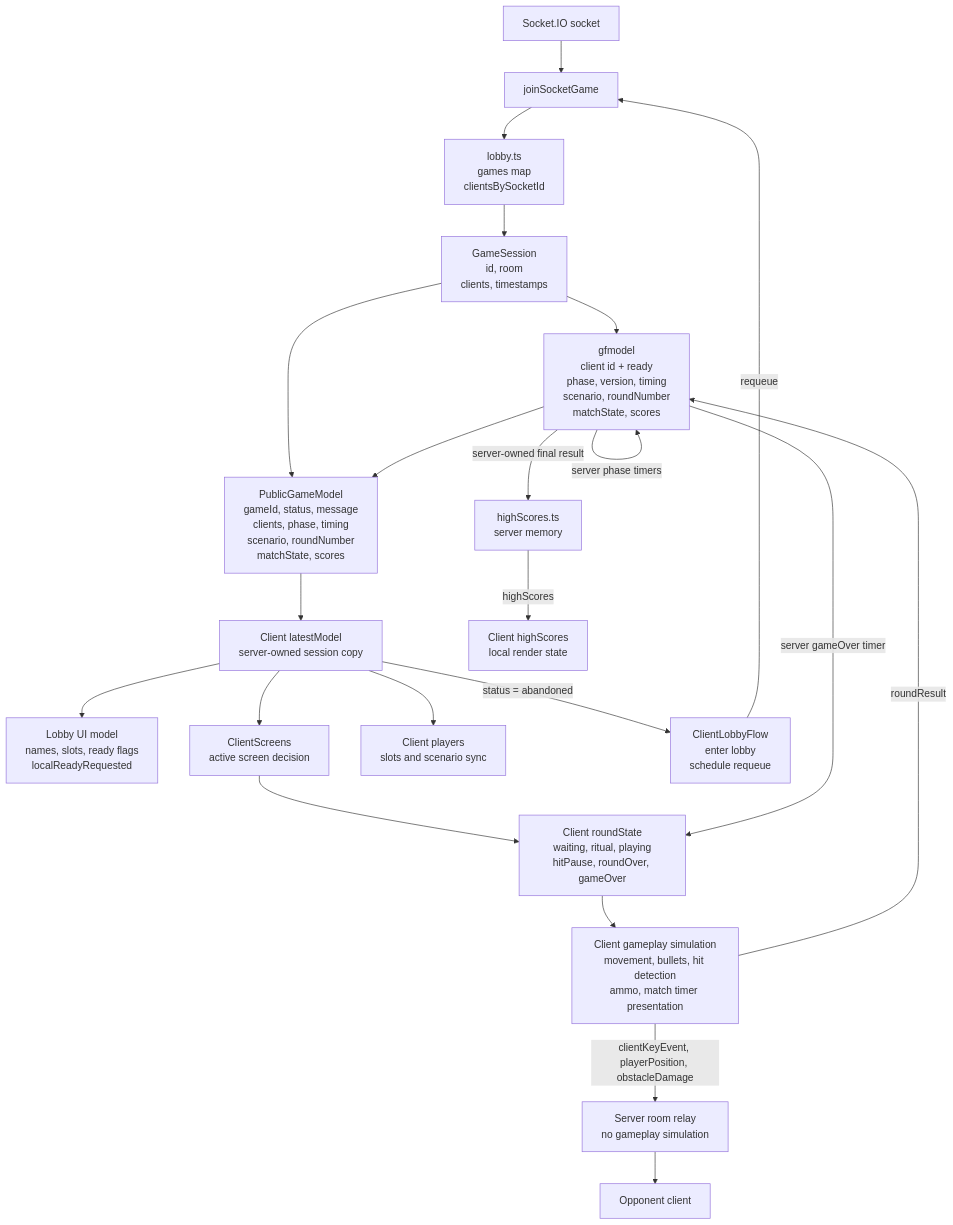
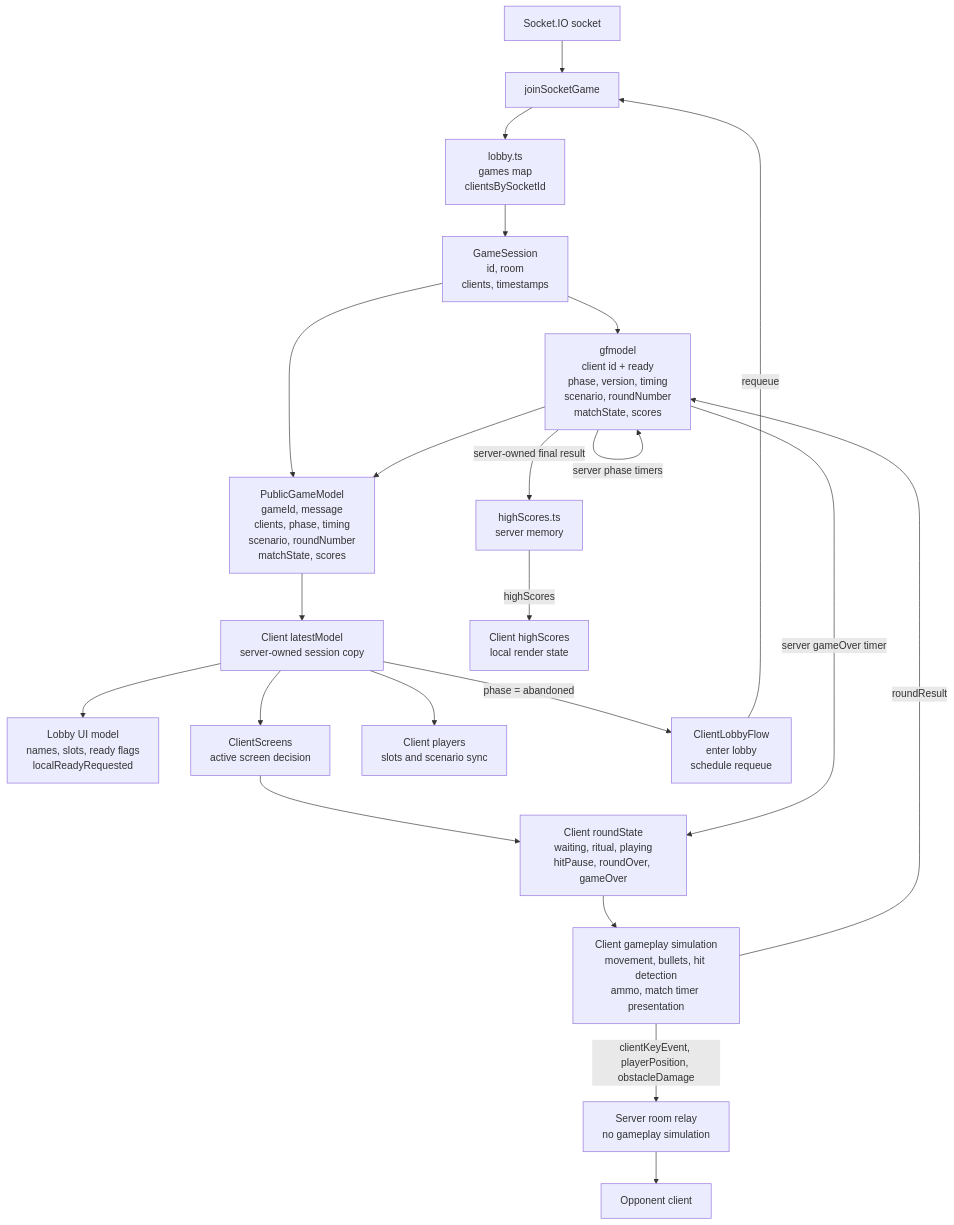
Before and after one commit to mkjems/gunfight: the first of 2 diagrams in documentation/Connection-state-model.md, drawn with Mermaid. The commit also changed other lines of this file and 17 other files, not shown here.

Commit message:
Remove public game status compatibility field

````diff
--- a/documentation/Connection-state-model.md
+++ b/documentation/Connection-state-model.md
@@ -23,30 +23,30 @@
 ```mermaid
 flowchart TD
     Socket["Socket.IO socket"] --> Join["joinSocketGame"]
     Join --> Lobby["lobby.ts<br/>games map<br/>clientsBySocketId"]
 
     Lobby --> Session["GameSession<br/>id, room<br/>clients, timestamps"]
     Session --> Gfmodel["gfmodel<br/>client id + ready<br/>phase, version, timing<br/>scenario, roundNumber<br/>matchState, scores"]
-    Session --> PublicModel["PublicGameModel<br/>gameId, status, message<br/>clients, phase, timing<br/>scenario, roundNumber<br/>matchState, scores"]
+    Session --> PublicModel["PublicGameModel<br/>gameId, message<br/>clients, phase, timing<br/>scenario, roundNumber<br/>matchState, scores"]
     Gfmodel --> PublicModel
 
     PublicModel --> LatestModel["Client latestModel<br/>server-owned session copy"]
     LatestModel --> LobbyUi["Lobby UI model<br/>names, slots, ready flags<br/>localReadyRequested"]
     LatestModel --> ClientScreens["ClientScreens<br/>active screen decision"]
     LatestModel --> ClientPlayers["Client players<br/>slots and scenario sync"]
 
     ClientScreens --> RoundState["Client roundState<br/>waiting, ritual, playing<br/>hitPause, roundOver, gameOver"]
     RoundState --> Gameplay["Client gameplay simulation<br/>movement, bullets, hit detection<br/>ammo, match timer presentation"]
 
     Gameplay -->|"clientKeyEvent, playerPosition, obstacleDamage"| Relay["Server room relay<br/>no gameplay simulation"]
     Relay --> Opponent["Opponent client"]
 
     Gameplay -->|"roundResult"| Gfmodel
     Gfmodel -->|"server phase timers"| Gfmodel
     Gfmodel -->|"server-owned final result"| Scores["highScores.ts<br/>server memory"]
     Scores -->|"highScores"| ClientHighScores["Client highScores<br/>local render state"]
 
     Gfmodel -->|"server gameOver timer"| RoundState
-    LatestModel -->|"status = abandoned"| Abandoned["ClientLobbyFlow<br/>enter lobby<br/>schedule requeue"]
+    LatestModel -->|"phase = abandoned"| Abandoned["ClientLobbyFlow<br/>enter lobby<br/>schedule requeue"]
     Abandoned -->|"requeue"| Join
 ```
````
